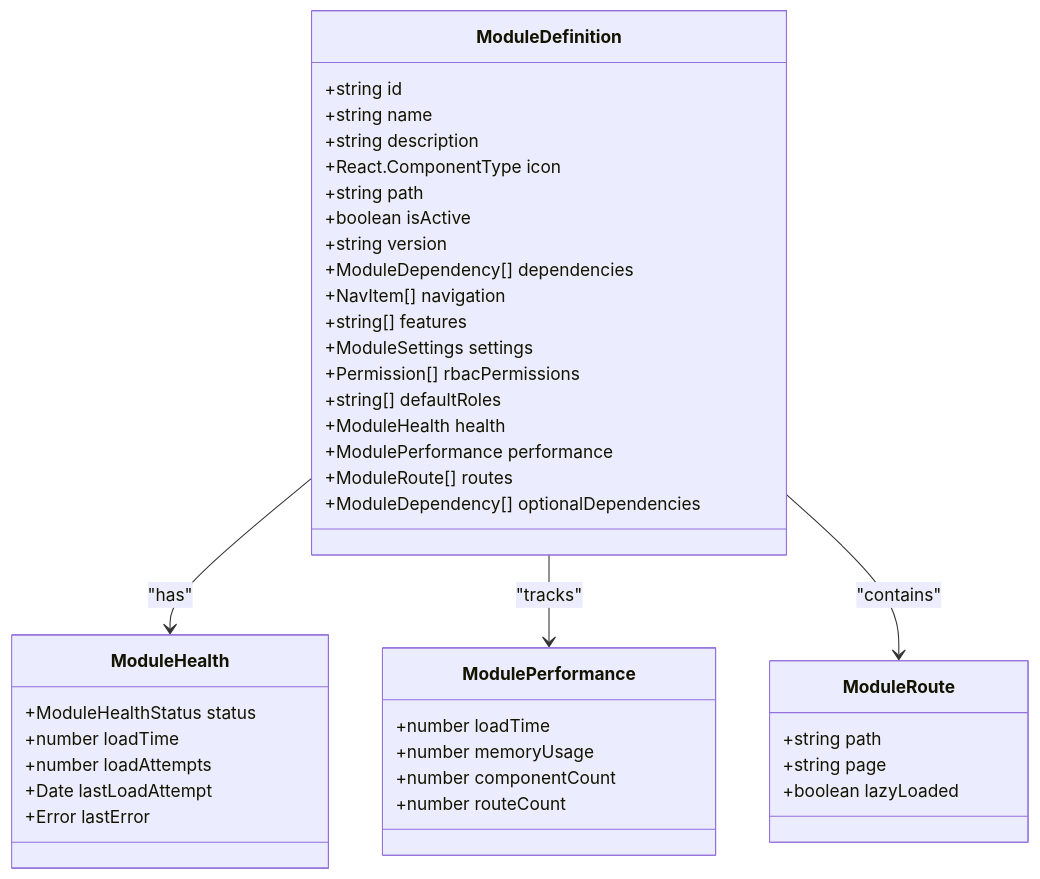
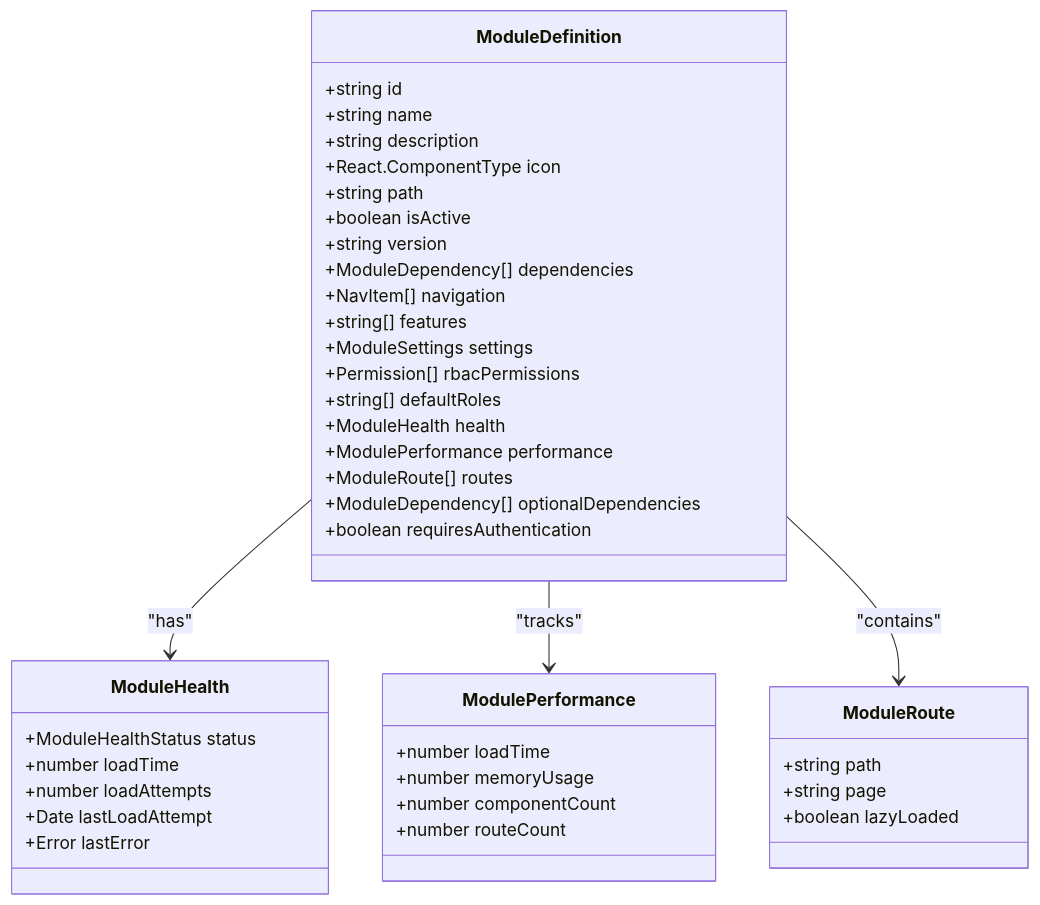
One commit to geniusdynamics/schoolpilot changed the second of 6 diagrams in .qoder/repowiki/en/content/Functional Modules/Functional Modules.md. Above: the diagram before and after it, drawn with Mermaid. The commit also changed other lines of this file and 760 other files, not shown here.

````diff
--- a/.qoder/repowiki/en/content/Functional Modules/Functional Modules.md
+++ b/.qoder/repowiki/en/content/Functional Modules/Functional Modules.md
@@ -134,43 +160,44 @@
 ```mermaid
 classDiagram
 class ModuleDefinition {
 +string id
 +string name
 +string description
 +React.ComponentType icon
 +string path
 +boolean isActive
 +string version
 +ModuleDependency[] dependencies
 +NavItem[] navigation
 +string[] features
 +ModuleSettings settings
 +Permission[] rbacPermissions
 +string[] defaultRoles
 +ModuleHealth health
 +ModulePerformance performance
 +ModuleRoute[] routes
 +ModuleDependency[] optionalDependencies
++boolean requiresAuthentication
 }
 class ModuleHealth {
 +ModuleHealthStatus status
 +number loadTime
 +number loadAttempts
 +Date lastLoadAttempt
 +Error lastError
 }
 class ModulePerformance {
 +number loadTime
 +number memoryUsage
 +number componentCount
 +number routeCount
 }
 class ModuleRoute {
 +string path
 +string page
 +boolean lazyLoaded
 }
 ModuleDefinition --> ModuleHealth : "has"
 ModuleDefinition --> ModulePerformance : "tracks"
 ModuleDefinition --> ModuleRoute : "contains"
 ```
````
